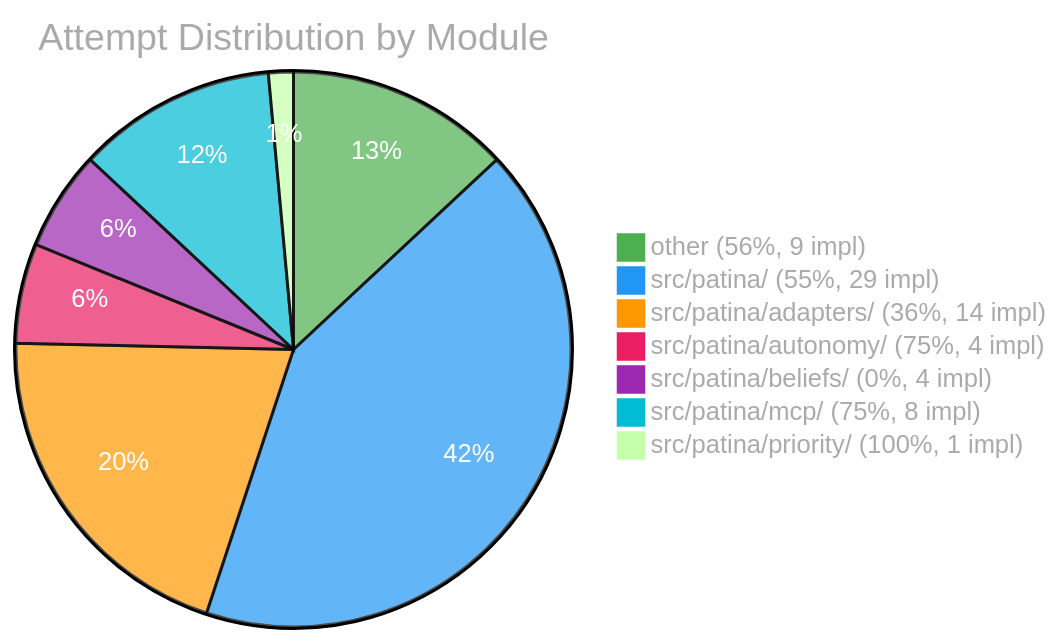
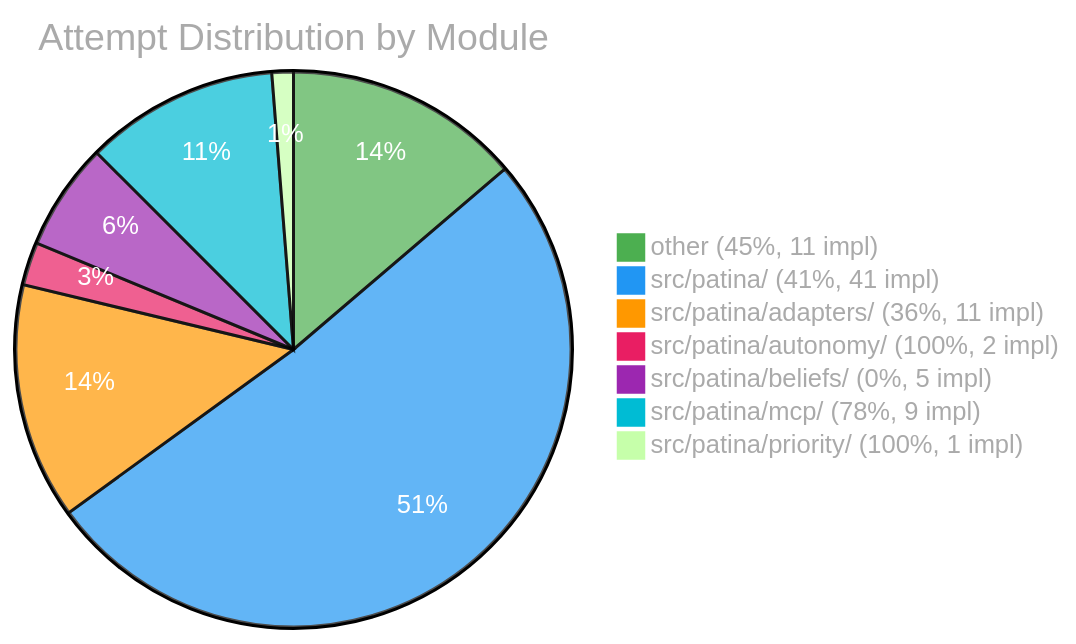
Before and after one commit to Sanctum-Origo-Systems/patina: the third of 3 diagrams in EVAL.md, drawn with Mermaid. The commit also changed other lines of this file and 1 other file, not shown here.

````diff
--- a/EVAL.md
+++ b/EVAL.md
@@ -73,11 +74,11 @@
 ```mermaid
 %%{init: {'theme': 'base', 'themeVariables': {'pie1': '#4CAF50', 'pie2': '#2196F3', 'pie3': '#FF9800', 'pie4': '#E91E63', 'pie5': '#9C27B0', 'pie6': '#00BCD4', 'pieTitleTextColor': '#aaa', 'pieLegendTextColor': '#aaa', 'pieSectionTextColor': '#fff'}}}%%
 pie title Attempt Distribution by Module
-    "other (56%, 9 impl)" : 9
-    "src/patina/ (55%, 29 impl)" : 29
-    "src/patina/adapters/ (36%, 14 impl)" : 14
-    "src/patina/autonomy/ (75%, 4 impl)" : 4
-    "src/patina/beliefs/ (0%, 4 impl)" : 4
-    "src/patina/mcp/ (75%, 8 impl)" : 8
+    "other (45%, 11 impl)" : 11
+    "src/patina/ (41%, 41 impl)" : 41
+    "src/patina/adapters/ (36%, 11 impl)" : 11
+    "src/patina/autonomy/ (100%, 2 impl)" : 2
+    "src/patina/beliefs/ (0%, 5 impl)" : 5
+    "src/patina/mcp/ (78%, 9 impl)" : 9
     "src/patina/priority/ (100%, 1 impl)" : 1
 ```
````
